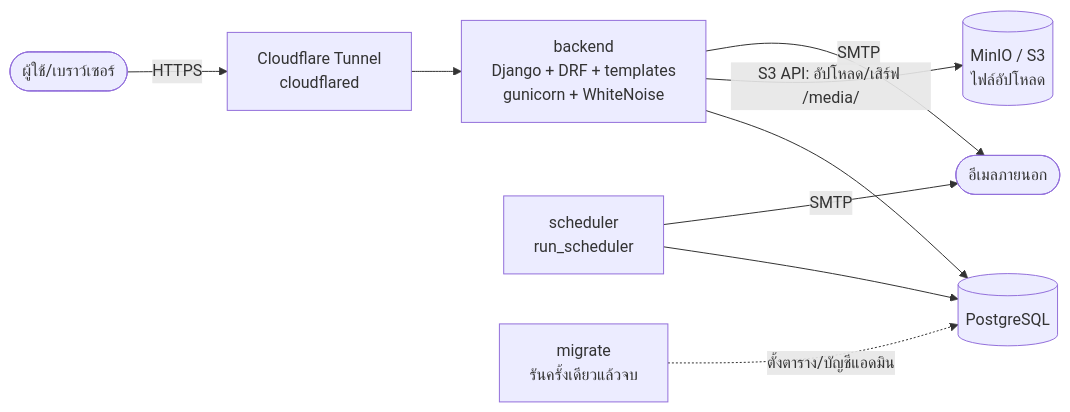
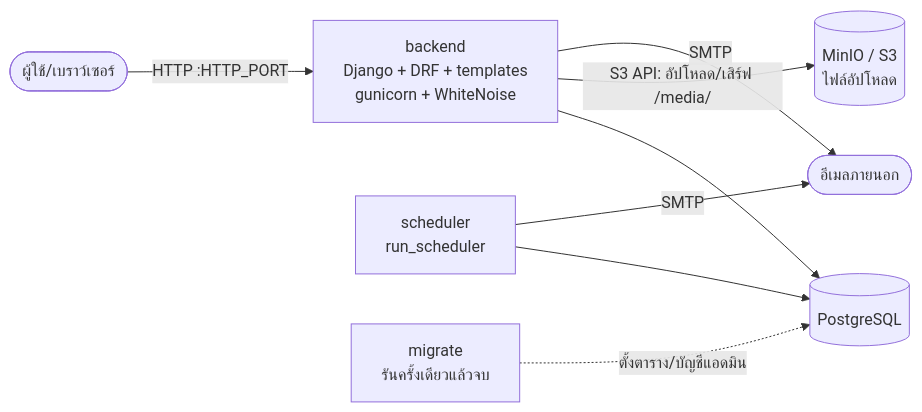
Before and after one commit to Parkjindream/it-device-borrowing-system: the first of 3 diagrams in docs/presentation/02-architecture-and-design.md, drawn with Mermaid. The commit also changed other lines of this file and 7 other files, not shown here.

````diff
--- a/docs/presentation/02-architecture-and-design.md
+++ b/docs/presentation/02-architecture-and-design.md
@@ -9,11 +9,10 @@
 ```mermaid
 flowchart LR
-    U([ผู้ใช้/เบราว์เซอร์]) -->|HTTPS| CF[Cloudflare Tunnel\ncloudflared]
-    CF --> B[backend\nDjango + DRF + templates\ngunicorn + WhiteNoise]
+    U([ผู้ใช้/เบราว์เซอร์]) -->|HTTP :HTTP_PORT| B[backend\nDjango + DRF + templates\ngunicorn + WhiteNoise]
     B --> DB[(PostgreSQL)]
     B -->|S3 API: อัปโหลด/เสิร์ฟ /media/| M[(MinIO / S3\nไฟล์อัปโหลด)]
     SCH[scheduler\nrun_scheduler] --> DB
     SCH -->|SMTP| MAIL([อีเมลภายนอก])
     B -->|SMTP| MAIL
     MIG[migrate\nรันครั้งเดียวแล้วจบ] -.ตั้งตาราง/บัญชีแอดมิน.-> DB
 ```
````
